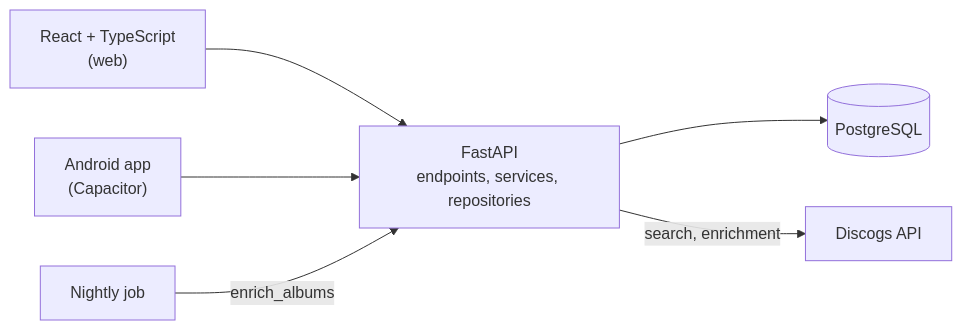
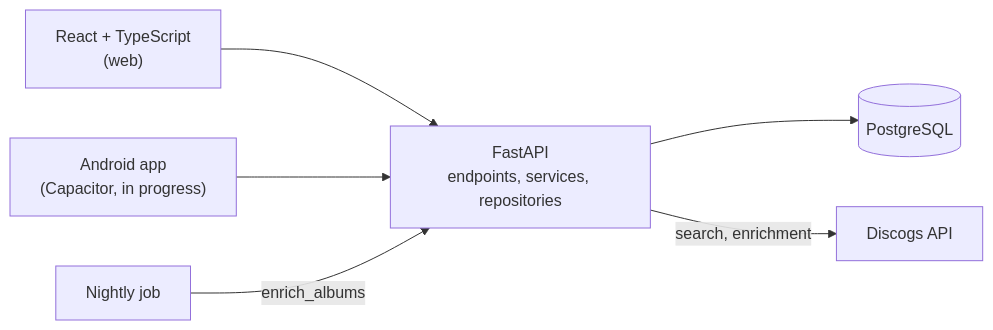
The first of 2 diagrams in README.md (quentingenet/vinylkeeper), drawn with Mermaid before and after one commit. The commit also changed other lines of this file and 28 other files, not shown here.

````diff
--- a/README.md
+++ b/README.md
@@ -76,8 +76,8 @@
 ```mermaid
 flowchart LR
     Web["React + TypeScript<br/>(web)"] --> API
-    App["Android app<br/>(Capacitor)"] --> API
+    App["Android app<br/>(Capacitor, in progress)"] --> API
     API["FastAPI<br/>endpoints, services, repositories"] --> DB[("PostgreSQL")]
     API -- "search, enrichment" --> Discogs["Discogs API"]
     Cron["Nightly job"] -- "enrich_albums" --> API
 ```
````
